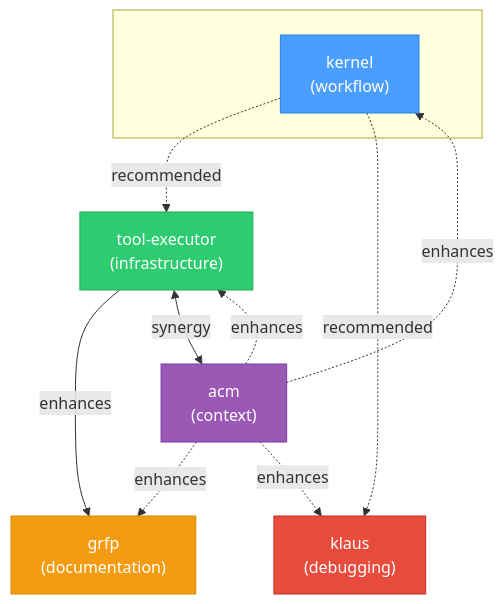
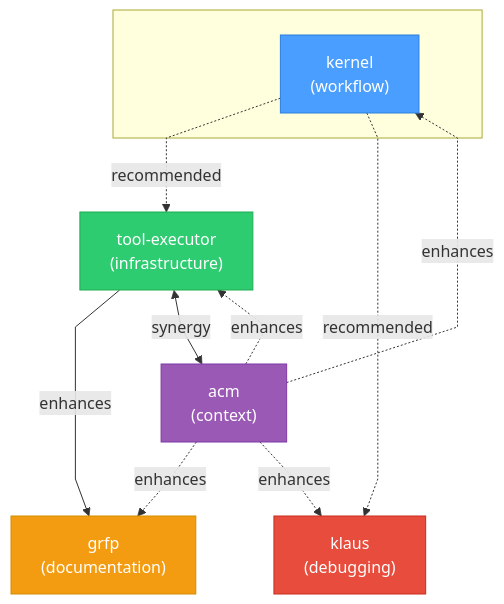
The diagram in README.md (elb-pr/claudikins-marketplace), drawn with Mermaid before and after one commit.

Commit message:
fix: use straight lines in Mermaid diagram

````diff
--- a/README.md
+++ b/README.md
@@ -36,27 +36,28 @@
 ```mermaid
+%%{init: {'flowchart': {'curve': 'linear'}}}%%
 flowchart TB
     subgraph core[" "]
         kernel["kernel<br/>(workflow)"]
     end
 
     toolexec["tool-executor<br/>(infrastructure)"]
     grfp["grfp<br/>(documentation)"]
     klaus["klaus<br/>(debugging)"]
     acm["acm<br/>(context)"]
 
     kernel -.->|recommended| toolexec
     kernel -.->|recommended| klaus
     toolexec -->|enhances| grfp
     toolexec <-->|synergy| acm
 
     acm -.->|enhances| kernel
     acm -.->|enhances| toolexec
     acm -.->|enhances| grfp
     acm -.->|enhances| klaus
 
     style kernel fill:#4a9eff,stroke:#2a7edf,color:#fff
     style acm fill:#9b59b6,stroke:#7b39a6,color:#fff
     style toolexec fill:#2ecc71,stroke:#1eac51,color:#fff
     style grfp fill:#f39c12,stroke:#d38c02,color:#fff
     style klaus fill:#e74c3c,stroke:#c72c1c,color:#fff
 ```
````
